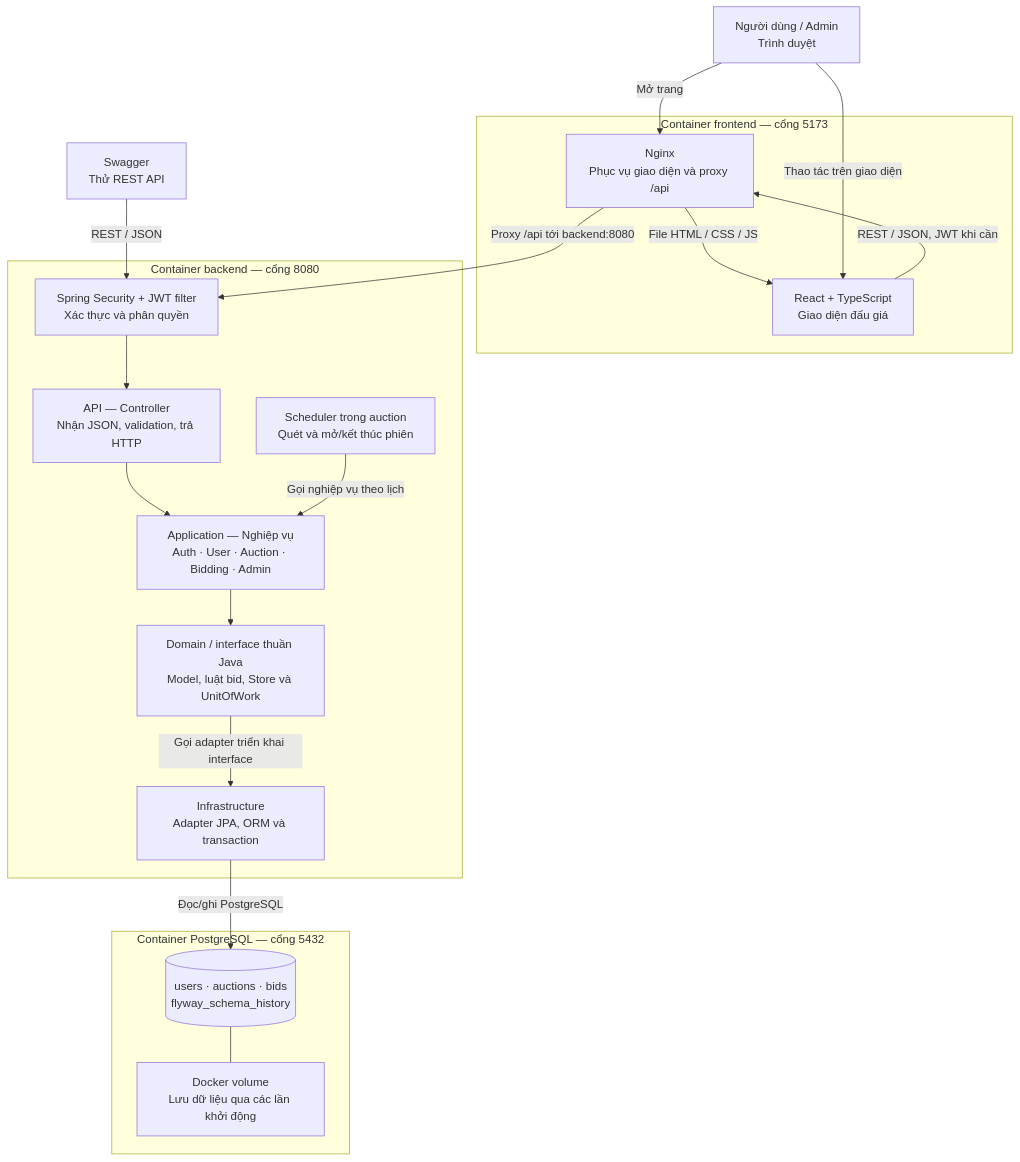
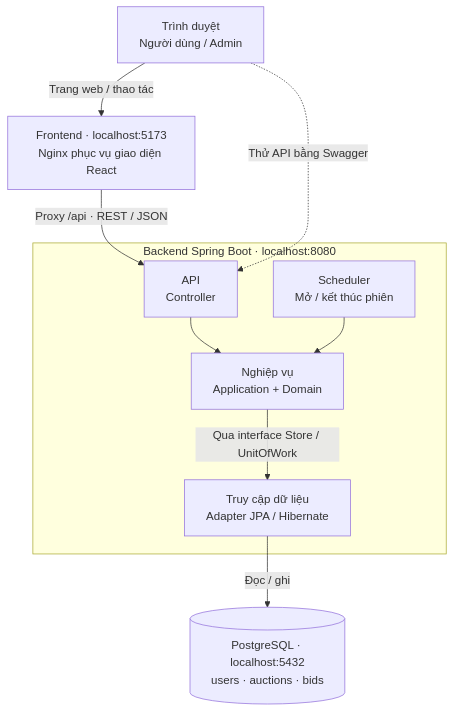
One commit to Loistarva/KTPM changed the diagram in docs/KIEN_TRUC.md. Above: the diagram before and after it, drawn with Mermaid. The commit also changed other lines of this file and 11 other files, not shown here.

````diff
--- a/docs/KIEN_TRUC.md
+++ b/docs/KIEN_TRUC.md
@@ -3,38 +3,23 @@
 ```mermaid
 flowchart TB
-    Browser["Người dùng / Admin<br/>Trình duyệt"]
-    Swagger["Swagger<br/>Thử REST API"]
+    Browser["Trình duyệt<br/>Người dùng / Admin"]
+    Frontend["Frontend · localhost:5173<br/>Nginx phục vụ giao diện React"]
 
-    subgraph Frontend["Container frontend — cổng 5173"]
-        UI["React + TypeScript<br/>Giao diện đấu giá"]
-        Nginx["Nginx<br/>Phục vụ giao diện và proxy /api"]
-        Nginx -->|"File HTML / CSS / JS"| UI
+    subgraph Backend["Backend Spring Boot · localhost:8080"]
+        API["API<br/>Controller"]
+        Business["Nghiệp vụ<br/>Application + Domain"]
+        Data["Truy cập dữ liệu<br/>Adapter JPA / Hibernate"]
+        Scheduler["Scheduler<br/>Mở / kết thúc phiên"]
+
+        API --> Business
+        Business -->|"Qua interface Store / UnitOfWork"| Data
+        Scheduler --> Business
     end
 
-    subgraph Backend["Container backend — cổng 8080"]
-        Security["Spring Security + JWT filter<br/>Xác thực và phân quyền"]
-        API["API — Controller<br/>Nhận JSON, validation, trả HTTP"]
-        Application["Application — Nghiệp vụ<br/>Auth · User · Auction · Bidding · Admin"]
-        Domain["Domain / interface thuần Java<br/>Model, luật bid, Store và UnitOfWork"]
-        Infrastructure["Infrastructure<br/>Adapter JPA, ORM và transaction"]
-        Scheduler["Scheduler trong auction<br/>Quét và mở/kết thúc phiên"]
+    DB[("PostgreSQL · localhost:5432<br/>users · auctions · bids")]
 
-        Security --> API --> Application
-        Application --> Domain
-        Domain -->|"Gọi adapter triển khai interface"| Infrastructure
-        Scheduler -->|"Gọi nghiệp vụ theo lịch"| Application
-    end
-
-    subgraph Database["Container PostgreSQL — cổng 5432"]
-        DB[("users · auctions · bids<br/>flyway_schema_history")]
-        Volume["Docker volume<br/>Lưu dữ liệu qua các lần khởi động"]
-        DB --- Volume
-    end
-
-    Browser -->|"Mở trang"| Nginx
-    Browser -->|"Thao tác trên giao diện"| UI
-    UI -->|"REST / JSON, JWT khi cần"| Nginx
-    Nginx -->|"Proxy /api tới backend:8080"| Security
-    Swagger -->|"REST / JSON"| Security
-    Infrastructure -->|"Đọc/ghi PostgreSQL"| DB
+    Browser -->|"Trang web / thao tác"| Frontend
+    Frontend -->|"Proxy /api · REST / JSON"| API
+    Browser -.->|"Thử API bằng Swagger"| API
+    Data -->|"Đọc / ghi"| DB
 ```
````
